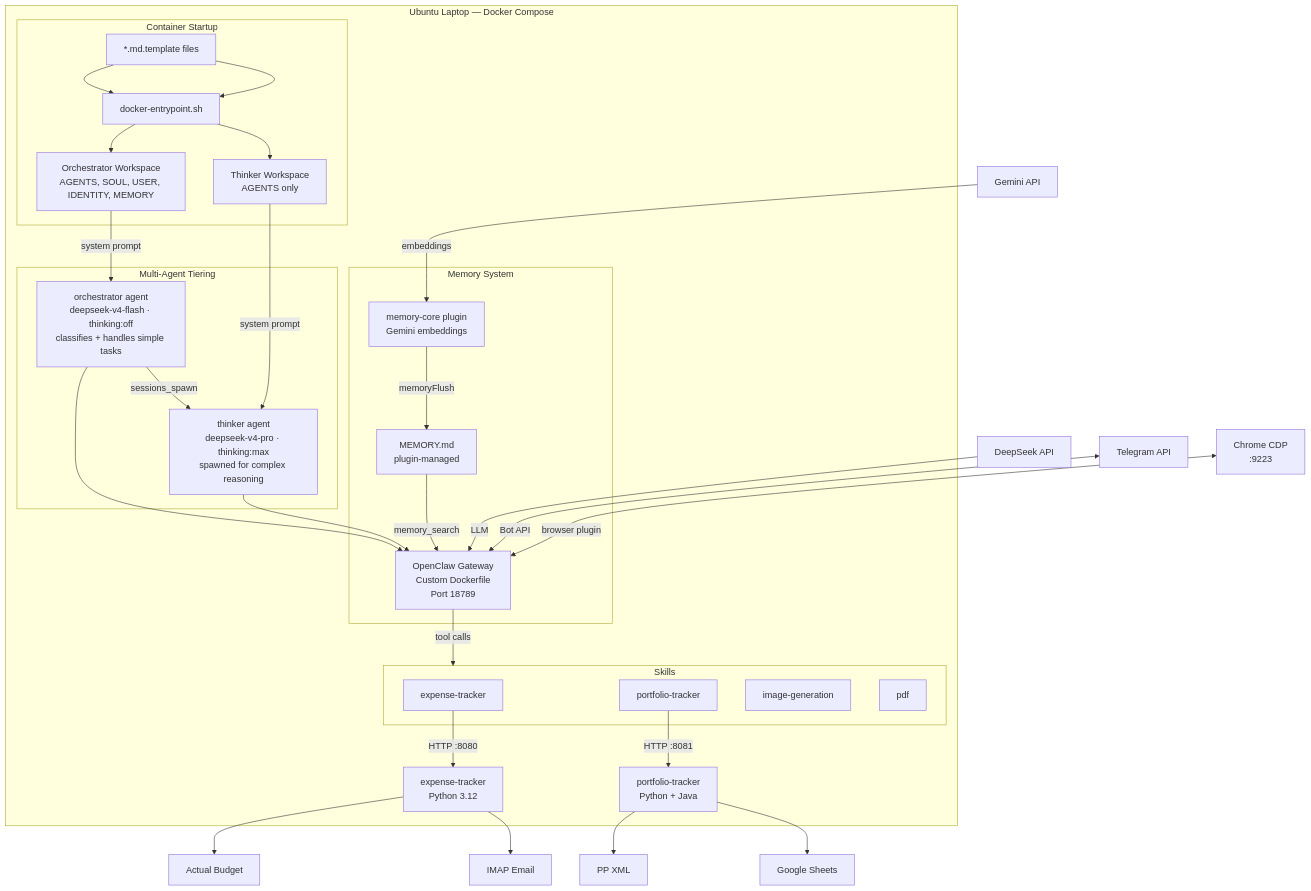
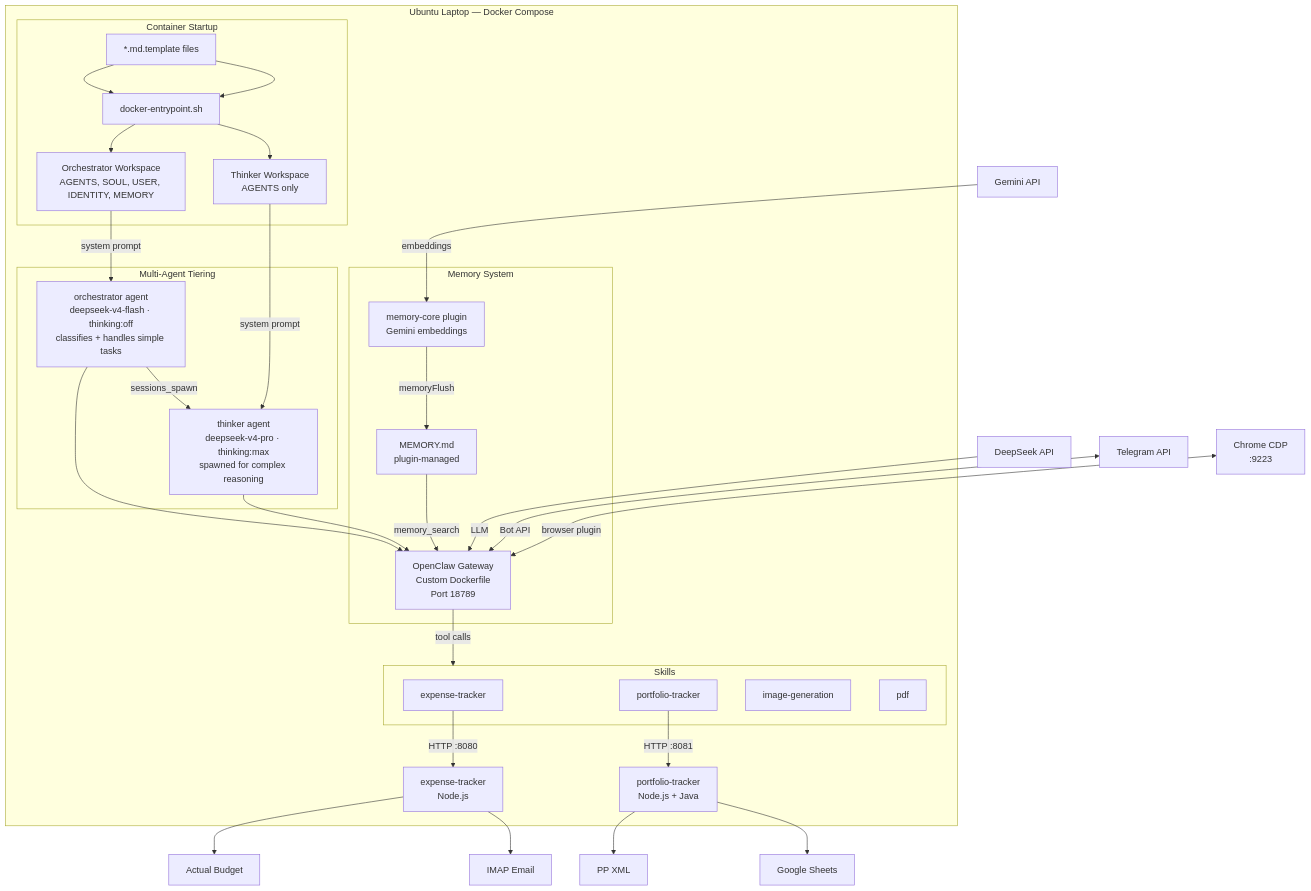
One commit to darrencjh8/darren-openclaw changed the sixth of 10 diagrams in design.md. Above: the diagram before and after it, drawn with Mermaid. The commit also changed other lines of this file and 10 other files, not shown here.

````diff
--- a/design.md
+++ b/design.md
@@ -629,52 +631,52 @@
 ```mermaid
 graph TB
     subgraph Local["Ubuntu Laptop — Docker Compose"]
         subgraph Startup["Container Startup"]
             TPL["*.md.template files"]
             ENT["docker-entrypoint.sh"]
             WS["Orchestrator Workspace<br/>AGENTS, SOUL, USER, IDENTITY, MEMORY"]
             TWS["Thinker Workspace<br/>AGENTS only"]
             TPL --> ENT --> WS
             TPL --> ENT --> TWS
         end
 
         subgraph Agents["Multi-Agent Tiering"]
             ORCH["orchestrator agent<br/>deepseek-v4-flash · thinking:off<br/>classifies + handles simple tasks"]
             THINK["thinker agent<br/>deepseek-v4-pro · thinking:max<br/>spawned for complex reasoning"]
             ORCH -->|"sessions_spawn"| THINK
         end
 
         GW["OpenClaw Gateway<br/>Custom Dockerfile<br/>Port 18789"]
         WS -->|"system prompt"| ORCH
         TWS -->|"system prompt"| THINK
         ORCH --> GW
         THINK --> GW
 
         subgraph Memory["Memory System"]
             MC["memory-core plugin<br/>Gemini embeddings"]
             MEM["MEMORY.md<br/>plugin-managed"]
             MC -->|"memoryFlush"| MEM
             MEM -->|"memory_search"| GW
         end
 
         subgraph Skills["Skills"]
             EXP["expense-tracker"]
             POR["portfolio-tracker"]
             IMG["image-generation"]
             PDF["pdf"]
         end
 
         GW -->|"tool calls"| Skills
-        EXP -->|"HTTP :8080"| ET["expense-tracker<br/>Python 3.12"]
-        POR -->|"HTTP :8081"| PT["portfolio-tracker<br/>Python + Java"]
+        EXP -->|"HTTP :8080"| ET["expense-tracker<br/>Node.js"]
+        POR -->|"HTTP :8081"| PT["portfolio-tracker<br/>Node.js + Java"]
     end
 
     DS["DeepSeek API"] -->|"LLM"| GW
     GM["Gemini API"] -->|"embeddings"| MC
     TG["Telegram API"] <-->|"Bot API"| GW
     CH["Chrome CDP<br/>:9223"] <-->|"browser plugin"| GW
     ET --> AB["Actual Budget"]
     ET --> Email["IMAP Email"]
     PT --> PP["PP XML"]
     PT --> GS["Google Sheets"]
 ```
````
